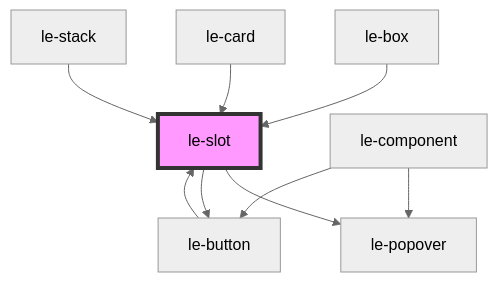
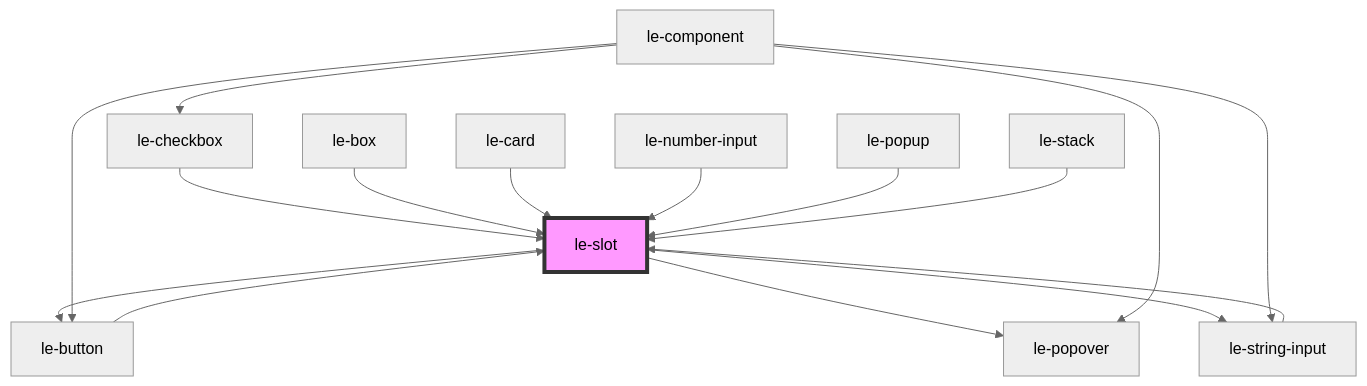
One commit to leechy/le-kit changed the diagram in src/components/le-slot/readme.md. Above: the diagram before and after it, drawn with Mermaid (neutral theme). The commit also changed other lines of this file and 30 other files, not shown here.

````diff
--- a/src/components/le-slot/readme.md
+++ b/src/components/le-slot/readme.md
@@ -62,12 +67,19 @@
 ```mermaid
 graph TD;
   le-slot --> le-popover
   le-slot --> le-button
+  le-slot --> le-string-input
   le-button --> le-slot
+  le-component --> le-button
+  le-component --> le-checkbox
+  le-component --> le-string-input
   le-component --> le-popover
-  le-component --> le-button
+  le-checkbox --> le-slot
+  le-string-input --> le-slot
   le-box --> le-slot
   le-card --> le-slot
+  le-number-input --> le-slot
+  le-popup --> le-slot
   le-stack --> le-slot
   style le-slot fill:#f9f,stroke:#333,stroke-width:4px
 ```
````
